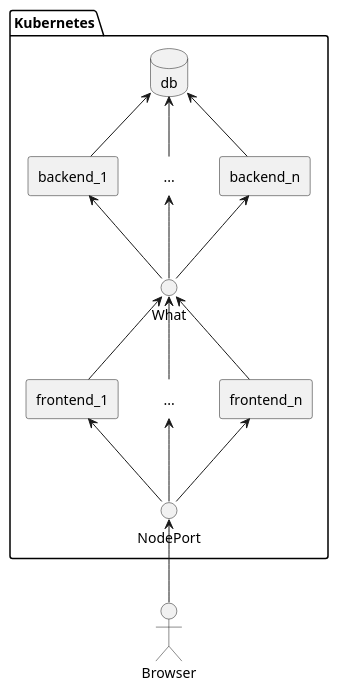
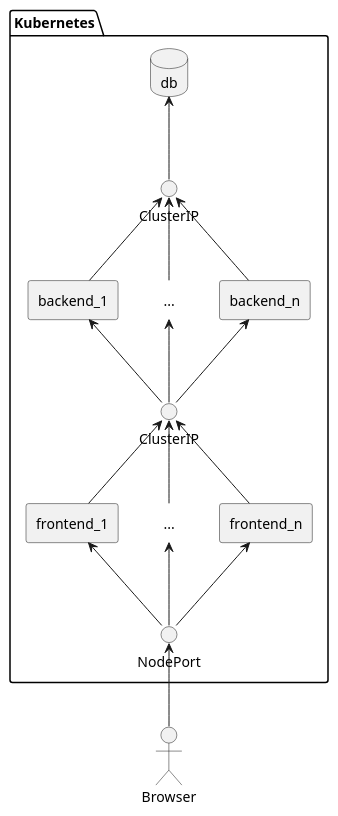
Before and after one commit to JimBer110/K8s_Message_Board: the diagram in uml.pu, drawn with PlantUML. The commit also changed other lines of this file and 3 other files, not shown here.

```diff
--- a/uml.pu
+++ b/uml.pu
@@ -1,37 +1,41 @@
 @startuml overview
 
 package "Kubernetes" as K8s {
   database db
   rectangle backend_1
   label "..." as mult_back
   rectangle backend_n
   rectangle frontend_1
   label "..." as mult_front
   rectangle frontend_n
 
-  db <-- backend_1
-  db <-- mult_back
-  db <-- backend_n
+  interface "ClusterIP" as db_interface
 
-  interface "What" as backend_interface
+  db <-- db_interface
+
+  db_interface <-- backend_1
+  db_interface <-- mult_back
+  db_interface <-- backend_n
+
+  interface "ClusterIP" as backend_interface
 
   backend_1 <-- backend_interface
   mult_back <-- backend_interface
   backend_n <-- backend_interface
 
   backend_interface <-- frontend_1
   backend_interface <-- mult_front
   backend_interface <-- frontend_n
 
   interface NodePort
 
   frontend_1 <-- NodePort
   mult_front <-- NodePort
   frontend_n <-- NodePort
 }
 
 actor "Browser" as browser
 
 NodePort <-- browser
 
 @enduml
```
